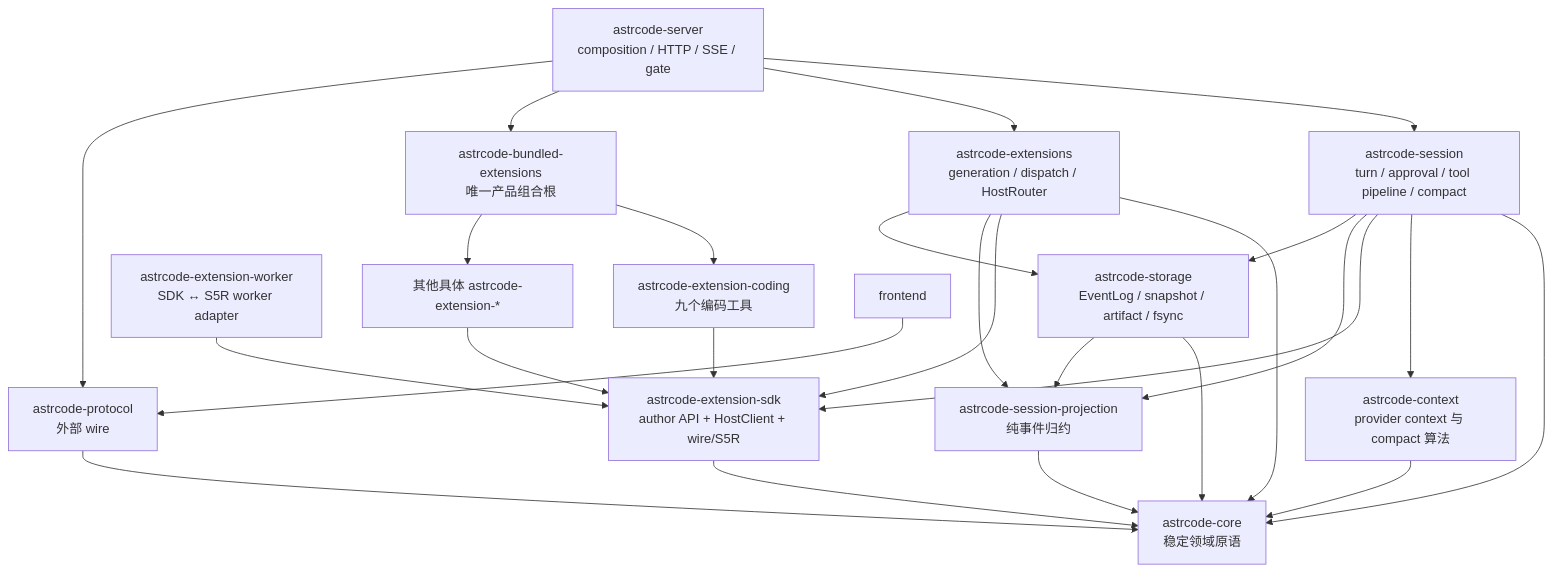
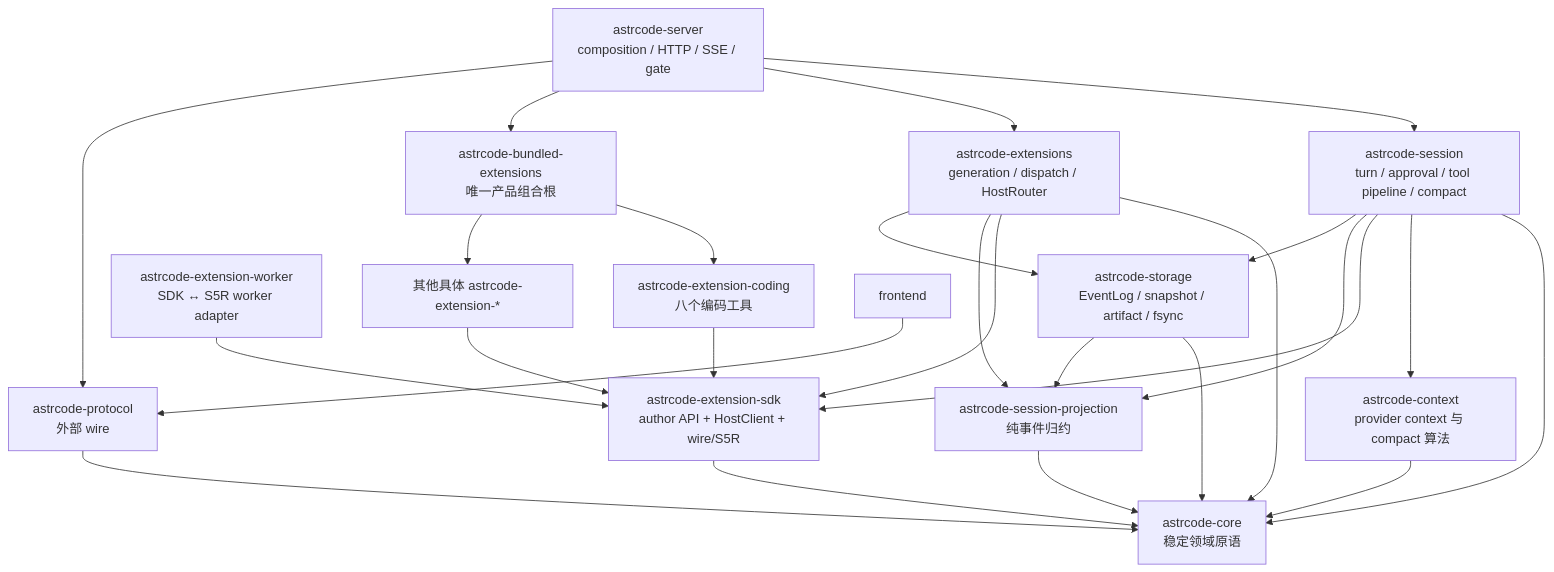
One commit to whatevertogo/astrcodey changed the first of 2 diagrams in docs/reviews/pr-47-local-candidate-first-principles-review.md. Above: the diagram before and after it, drawn with Mermaid. The commit also changed other lines of this file and 302 other files, not shown here.

````diff
--- a/docs/reviews/pr-47-local-candidate-first-principles-review.md
+++ b/docs/reviews/pr-47-local-candidate-first-principles-review.md
@@ -183,43 +226,43 @@
 ```mermaid
 flowchart TB
     Core["astrcode-core<br/>稳定领域原语"]
     Projection["astrcode-session-projection<br/>纯事件归约"]
     Storage["astrcode-storage<br/>EventLog / snapshot / artifact / fsync"]
     Context["astrcode-context<br/>provider context 与 compact 算法"]
     SDK["astrcode-extension-sdk<br/>author API + HostClient + wire/S5R"]
     Worker["astrcode-extension-worker<br/>SDK ↔ S5R worker adapter"]
     Runtime["astrcode-extensions<br/>generation / dispatch / HostRouter"]
-    Coding["astrcode-extension-coding<br/>九个编码工具"]
+    Coding["astrcode-extension-coding<br/>八个编码工具"]
     Other["其他具体 astrcode-extension-*"]
     Bundled["astrcode-bundled-extensions<br/>唯一产品组合根"]
     Session["astrcode-session<br/>turn / approval / tool pipeline / compact"]
     Protocol["astrcode-protocol<br/>外部 wire"]
     Server["astrcode-server<br/>composition / HTTP / SSE / gate"]
     Frontend["frontend"]
 
     Projection --> Core
     Storage --> Core
     Storage --> Projection
     Context --> Core
     SDK --> Core
     Worker --> SDK
     Runtime --> Core
     Runtime --> SDK
     Runtime --> Projection
     Runtime --> Storage
     Coding --> SDK
     Other --> SDK
     Bundled --> Coding
     Bundled --> Other
     Session --> Core
     Session --> Context
     Session --> SDK
     Session --> Projection
     Session --> Storage
     Server --> Session
     Server --> Runtime
     Server --> Bundled
     Server --> Protocol
     Protocol --> Core
     Frontend --> Protocol
 ```
````
